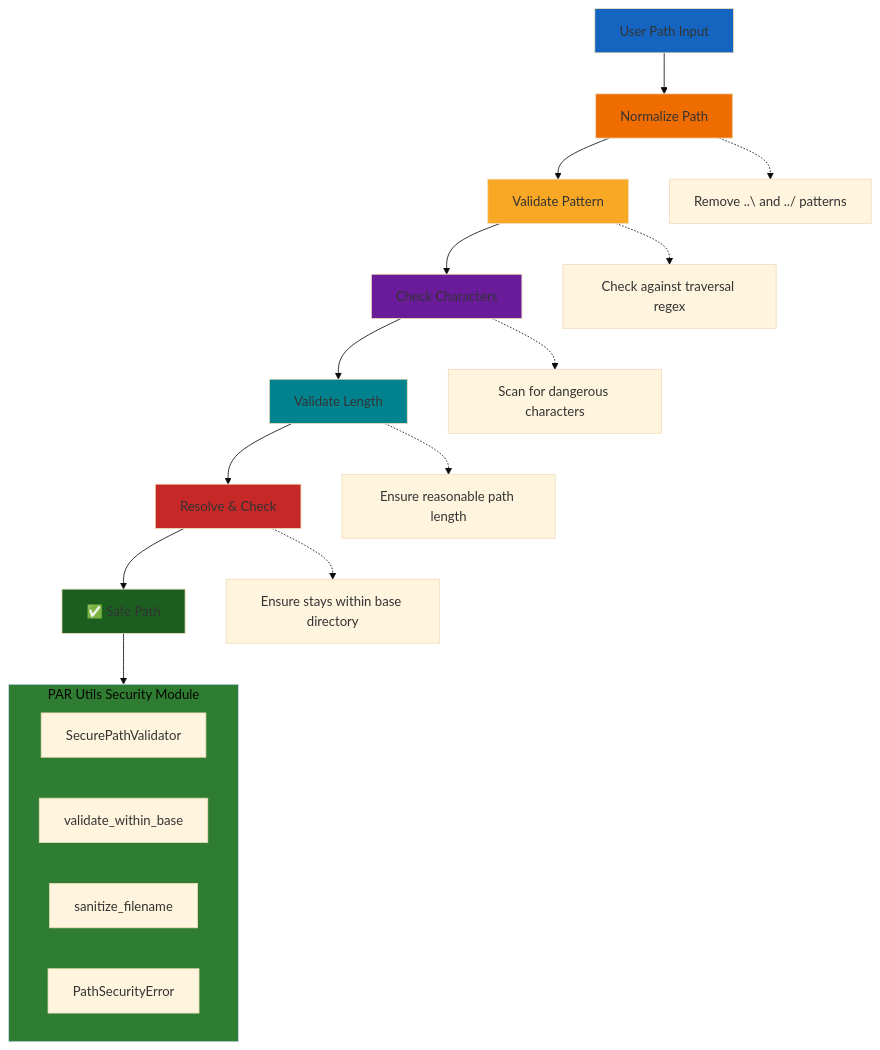
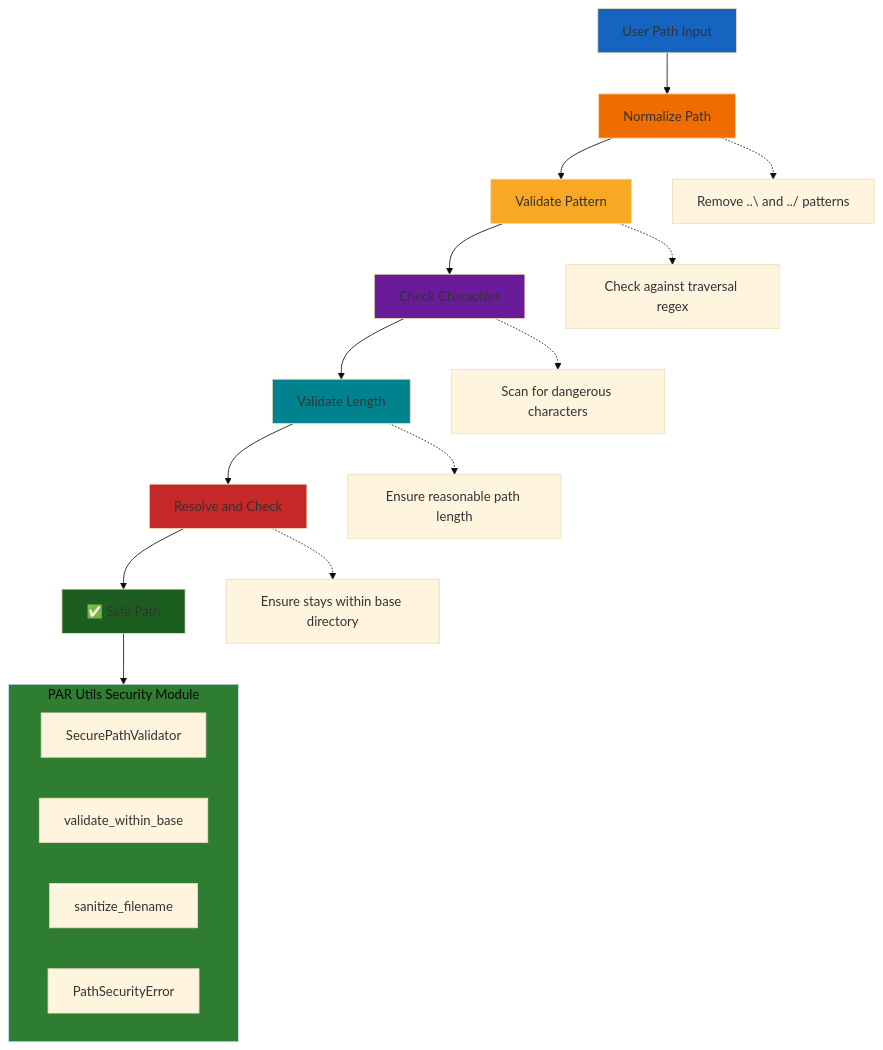
Before and after one commit to paulrobello/par_gpt: the tenth of 14 diagrams in ARCHITECTURE.md, drawn with Mermaid (base theme). The commit also changed other lines of this file and 3 other files, not shown here.

First line of the commit message:
fix: resolve Mermaid diagram syntax errors in ARCHITECTURE.md

````diff
--- a/ARCHITECTURE.md
+++ b/ARCHITECTURE.md
@@ -510,39 +510,39 @@
 ```mermaid
 flowchart TD
     A[User Path Input] --> B[Normalize Path]
     B --> C[Validate Pattern]
     C --> D[Check Characters]
     D --> E[Validate Length]
-    E --> F[Resolve & Check]
+    E --> F[Resolve and Check]
     F --> G[✅ Safe Path]
     
     B1["Remove ..\ and ../ patterns"]
     C1["Check against traversal regex"]
     D1["Scan for dangerous characters"]
     E1["Ensure reasonable path length"]
     F1["Ensure stays within base directory"]
     
     B -.-> B1
     C -.-> C1
     D -.-> D1
     E -.-> E1
     F -.-> F1
     
     subgraph ParUtils ["PAR Utils Security Module"]
         H[SecurePathValidator]
         I[validate_within_base]
         J[sanitize_filename]
         K[PathSecurityError]
     end
     
     G --> ParUtils
     
     style A fill:#1565c0
     style G fill:#1b5e20
     style B fill:#ef6c00
     style C fill:#f9a825
     style D fill:#6a1b9a
     style E fill:#00838f
     style F fill:#c62828
     style ParUtils fill:#2e7d32
 ```
````
